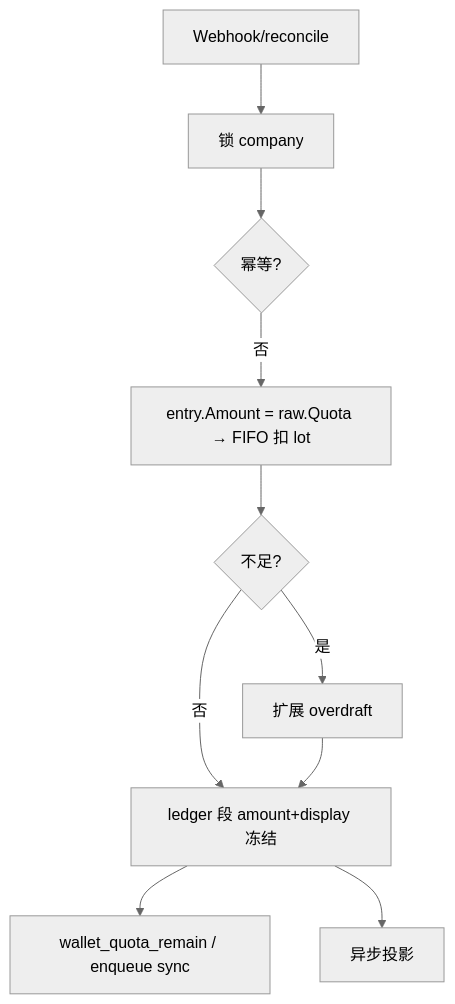
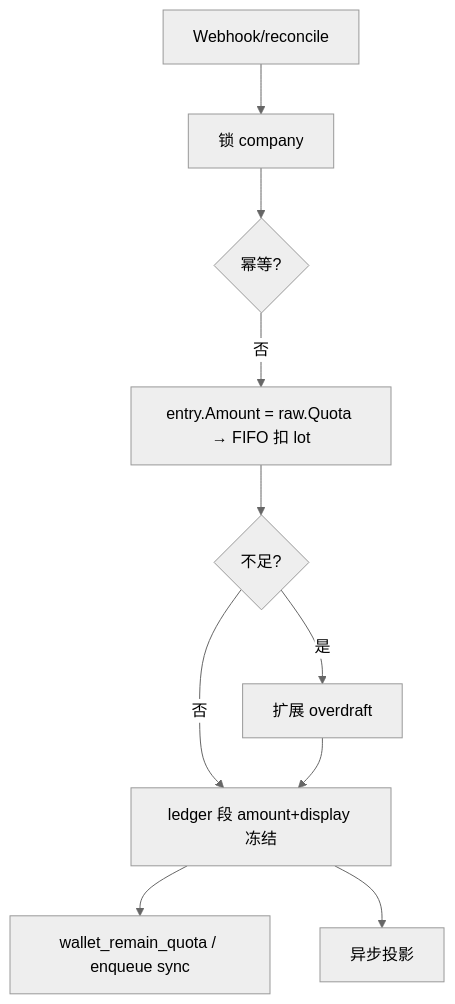
One commit to quyip8818/mytokenjoy changed the fifth of 6 diagrams in docs/Backend-计费模式.md. Above: the diagram before and after it, drawn with Mermaid (neutral theme). The commit also changed other lines of this file and 49 other files, not shown here.

Commit message:
rename wallet_remain

````diff
--- a/docs/Backend-计费模式.md
+++ b/docs/Backend-计费模式.md
@@ -190,12 +190,12 @@
 ```mermaid
 flowchart TD
   A[Webhook/reconcile] --> B[锁 company]
   B --> C{幂等?}
   C -->|否| D[entry.Amount = raw.Quota → FIFO 扣 lot]
   D --> E{不足?}
   E -->|是| F[扩展 overdraft]
   E -->|否| G[ledger 段 amount+display 冻结]
   F --> G
-  G --> H[wallet_quota_remain / enqueue sync]
+  G --> H[wallet_remain_quota / enqueue sync]
   G --> I[异步投影]
 ```
````
